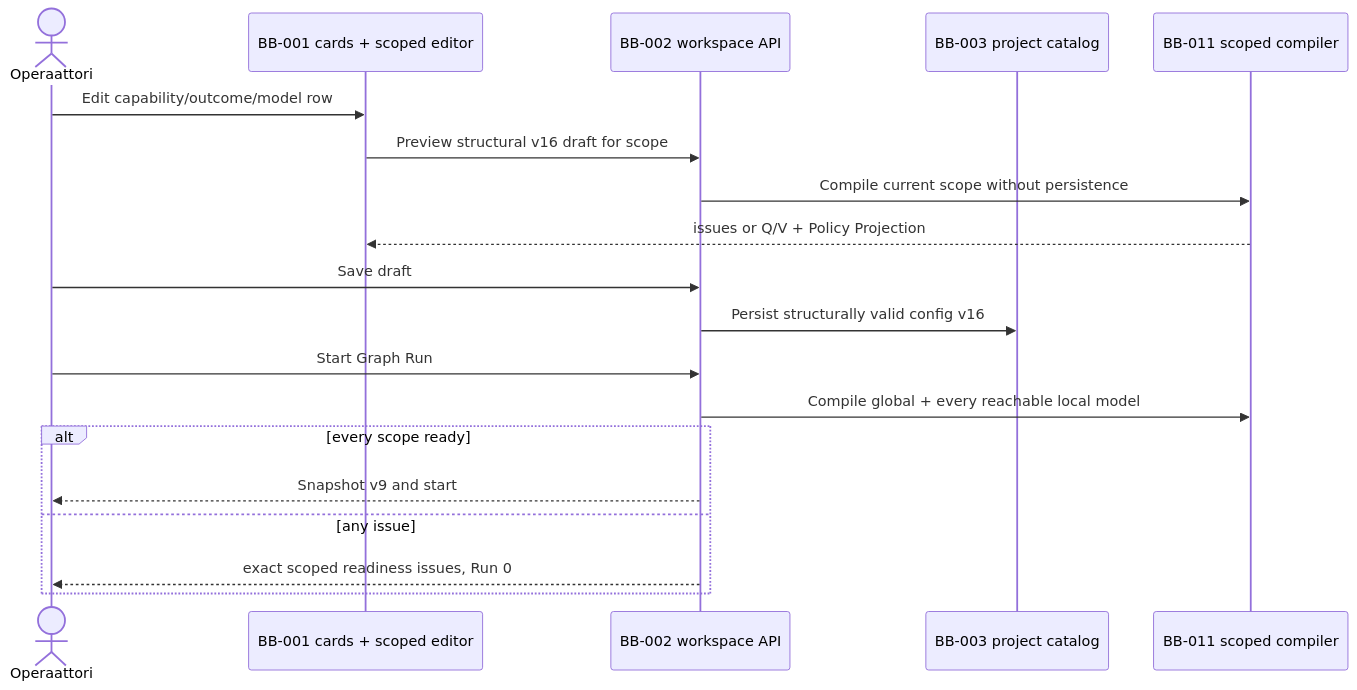
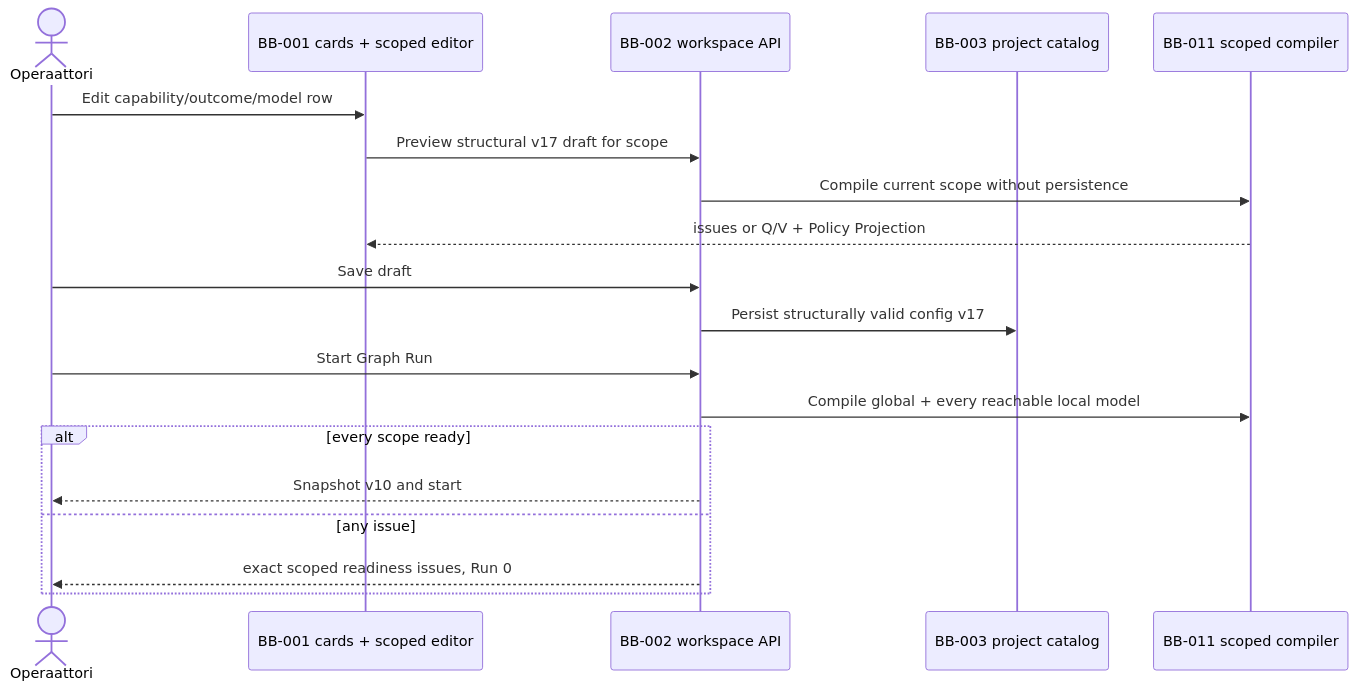
Diagram 12 of 13 in .ballet/arc42/06-runtime-view.md (isinisalo/ballet), drawn with Mermaid before and after one commit. The commit also changed other lines of this file and 60 other files, not shown here.

````diff
--- a/.ballet/arc42/06-runtime-view.md
+++ b/.ballet/arc42/06-runtime-view.md
@@ -304,21 +304,21 @@
 ```mermaid
 sequenceDiagram
   actor Operator as Operaattori
   participant UI as BB-001 cards + scoped editor
   participant API as BB-002 workspace API
   participant Catalog as BB-003 project catalog
   participant Compiler as BB-011 scoped compiler
   Operator->>UI: Edit capability/outcome/model row
-  UI->>API: Preview structural v16 draft for scope
+  UI->>API: Preview structural v17 draft for scope
   API->>Compiler: Compile current scope without persistence
   Compiler-->>UI: issues or Q/V + Policy Projection
   Operator->>API: Save draft
-  API->>Catalog: Persist structurally valid config v16
+  API->>Catalog: Persist structurally valid config v17
   Operator->>API: Start Graph Run
   API->>Compiler: Compile global + every reachable local model
   alt every scope ready
-    API-->>Operator: Snapshot v9 and start
+    API-->>Operator: Snapshot v10 and start
   else any issue
     API-->>Operator: exact scoped readiness issues, Run 0
   end
 ```
````
